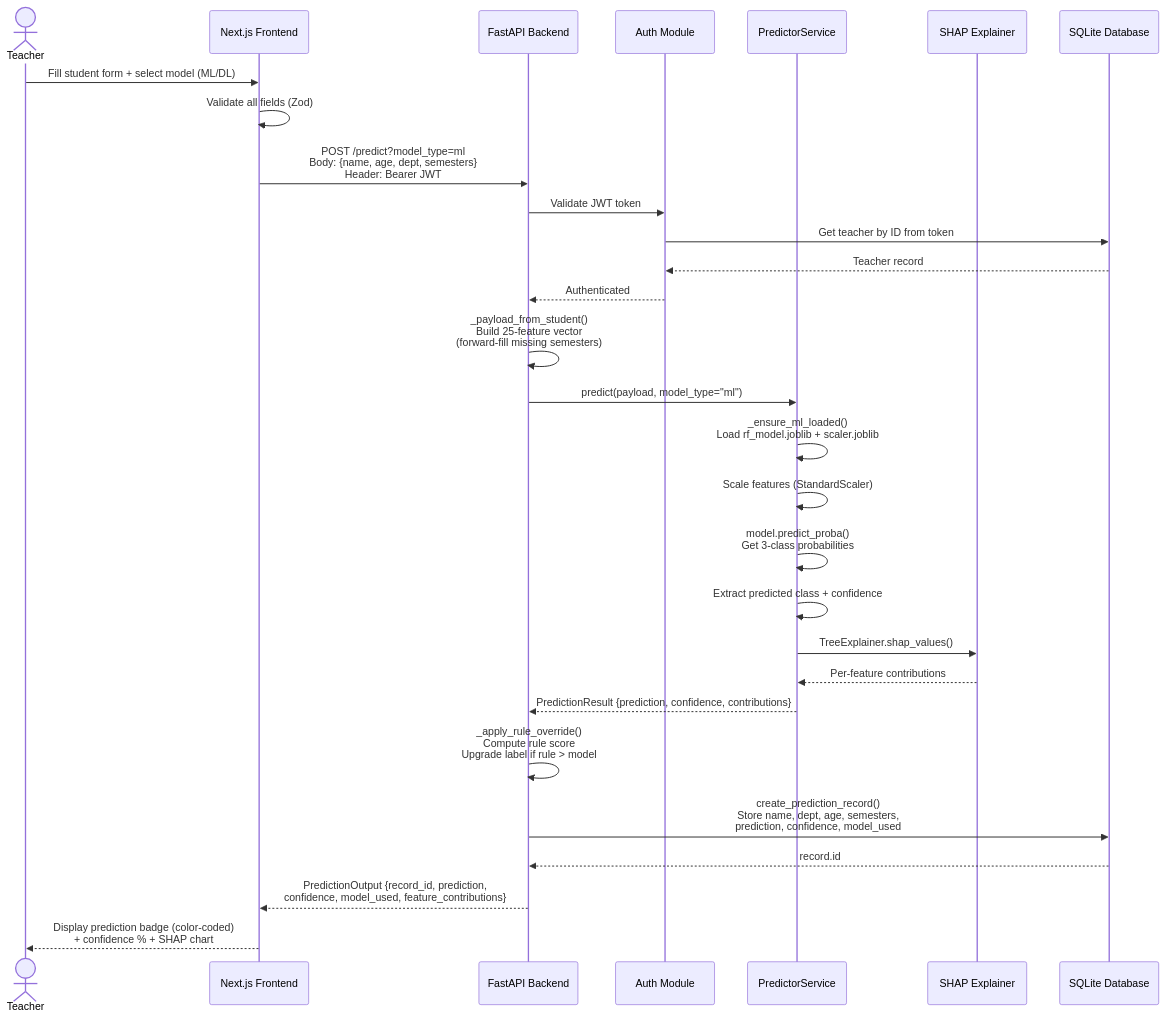
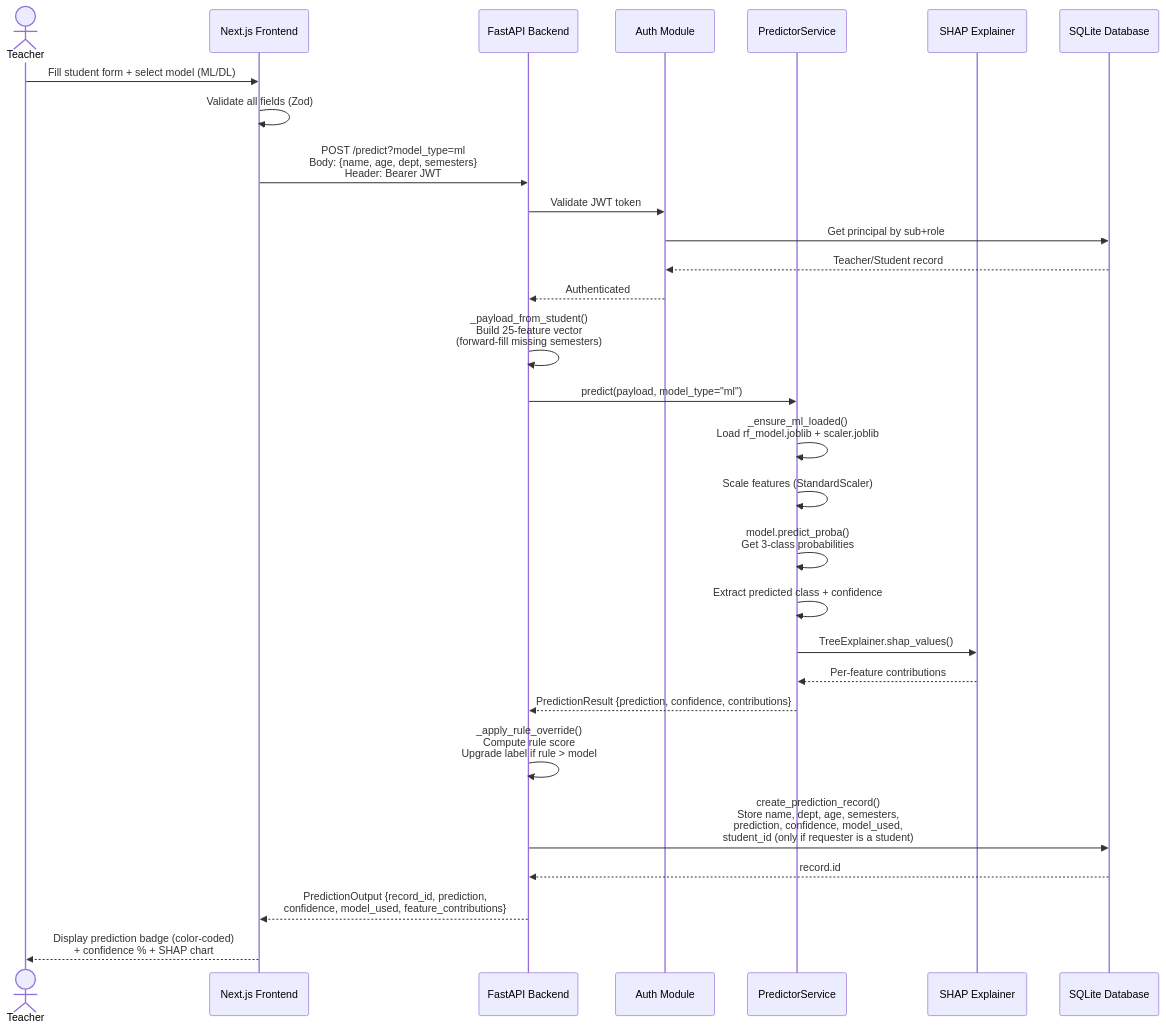
One commit to vrroshni/student-analyser changed the third of 5 diagrams in diagram/08_sequence_diagrams.md. Above: the diagram before and after it, drawn with Mermaid. The commit also changed other lines of this file and 26 other files, not shown here.

````diff
--- a/diagram/08_sequence_diagrams.md
+++ b/diagram/08_sequence_diagrams.md
@@ -45,42 +77,42 @@
 ```mermaid
 sequenceDiagram
     actor Teacher
     participant Frontend as Next.js Frontend
     participant Backend as FastAPI Backend
     participant Auth as Auth Module
     participant Predictor as PredictorService
     participant SHAP as SHAP Explainer
     participant DB as SQLite Database
 
     Teacher->>Frontend: Fill student form + select model (ML/DL)
     Frontend->>Frontend: Validate all fields (Zod)
     Frontend->>Backend: POST /predict?model_type=ml<br/>Body: {name, age, dept, semesters}<br/>Header: Bearer JWT
 
     Backend->>Auth: Validate JWT token
-    Auth->>DB: Get teacher by ID from token
-    DB-->>Auth: Teacher record
+    Auth->>DB: Get principal by sub+role
+    DB-->>Auth: Teacher/Student record
     Auth-->>Backend: Authenticated
 
     Backend->>Backend: _payload_from_student()<br/>Build 25-feature vector<br/>(forward-fill missing semesters)
 
     Backend->>Predictor: predict(payload, model_type="ml")
     Predictor->>Predictor: _ensure_ml_loaded()<br/>Load rf_model.joblib + scaler.joblib
     Predictor->>Predictor: Scale features (StandardScaler)
     Predictor->>Predictor: model.predict_proba()<br/>Get 3-class probabilities
     Predictor->>Predictor: Extract predicted class + confidence
 
     Predictor->>SHAP: TreeExplainer.shap_values()
     SHAP-->>Predictor: Per-feature contributions
 
     Predictor-->>Backend: PredictionResult {prediction, confidence, contributions}
 
     Backend->>Backend: _apply_rule_override()<br/>Compute rule score<br/>Upgrade label if rule > model
 
-    Backend->>DB: create_prediction_record()<br/>Store name, dept, age, semesters,<br/>prediction, confidence, model_used
+    Backend->>DB: create_prediction_record()<br/>Store name, dept, age, semesters,<br/>prediction, confidence, model_used,<br/>student_id (only if requester is a student)
 
     DB-->>Backend: record.id
 
     Backend-->>Frontend: PredictionOutput {record_id, prediction,<br/>confidence, model_used, feature_contributions}
 
     Frontend-->>Teacher: Display prediction badge (color-coded)<br/>+ confidence % + SHAP chart
 ```
````
